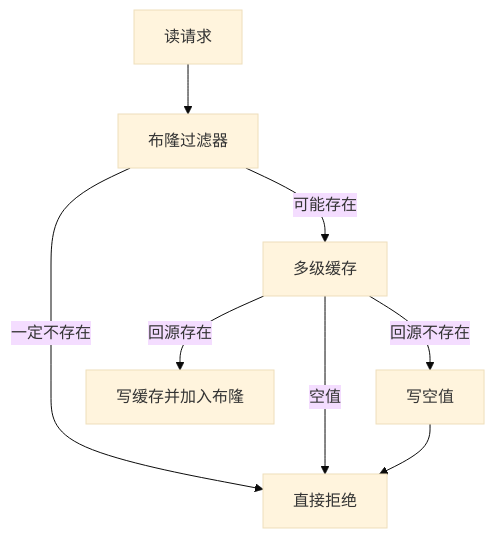
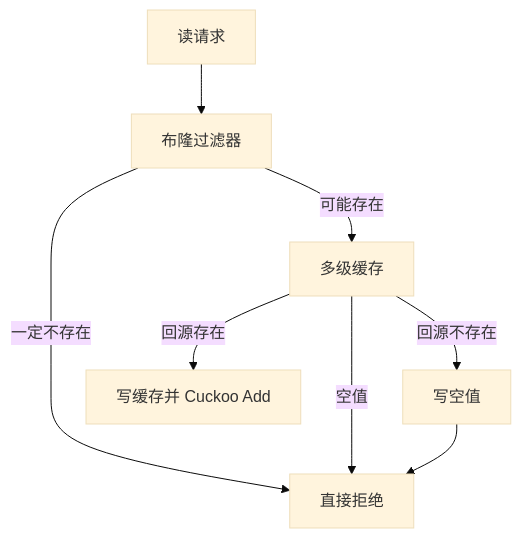
One commit to bitladykiller/zhiguang_go changed the first of 9 diagrams in docs/modules/09-热点缓存与多级缓存策略.md. Above: the diagram before and after it, drawn with Mermaid (base theme). The commit also changed other lines of this file and 10 other files, not shown here.

````diff
--- a/docs/modules/09-热点缓存与多级缓存策略.md
+++ b/docs/modules/09-热点缓存与多级缓存策略.md
@@ -205,10 +205,10 @@
 ```mermaid
 flowchart TD
     A[读请求] --> B[布隆过滤器]
     B -->|一定不存在| C[直接拒绝]
     B -->|可能存在| D[多级缓存]
     D -->|空值| C
     D -->|回源不存在| E[写空值]
     E --> C
-    D -->|回源存在| F[写缓存并加入布隆]
+    D -->|回源存在| F[写缓存并 Cuckoo Add]
 ```
````
